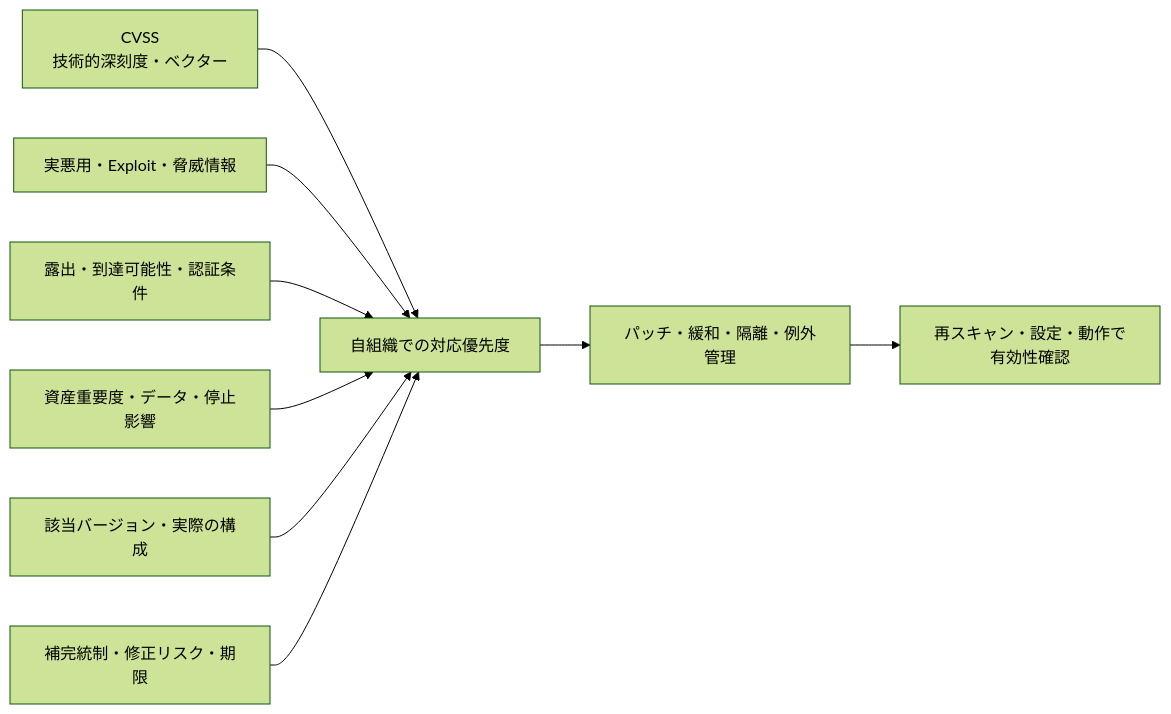
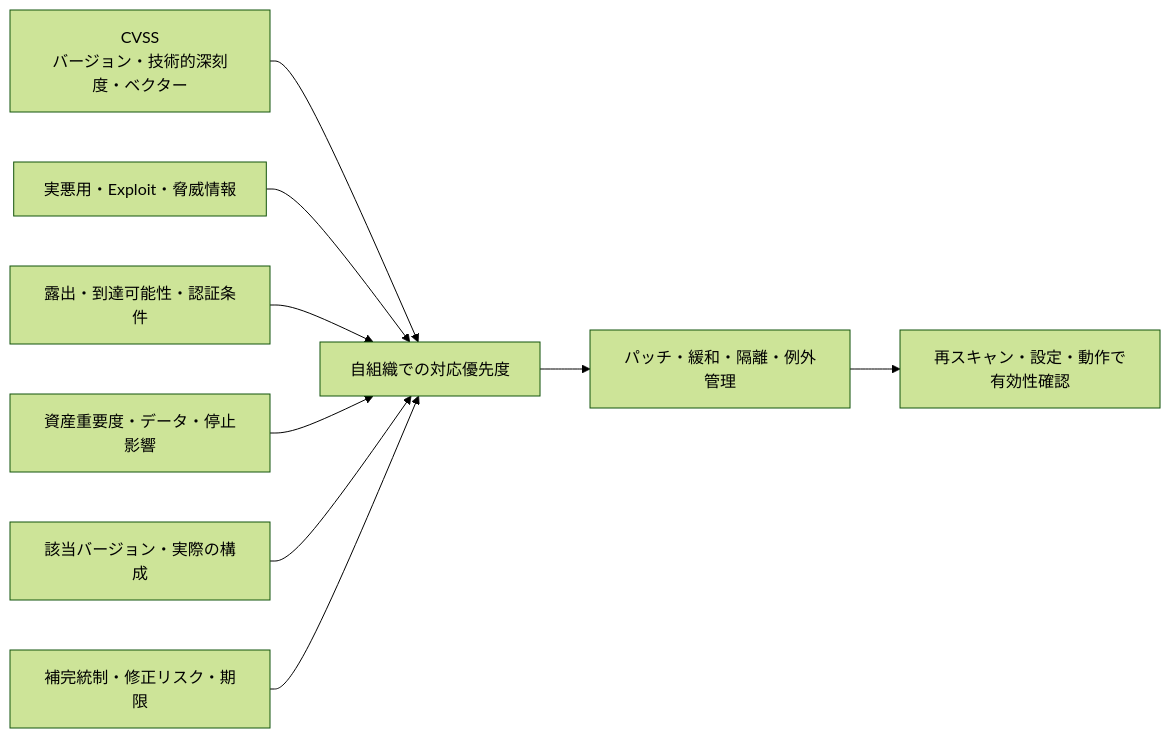
One commit to koin3z/notes changed the second of 2 diagrams in content/security/compliance/cvss.md. Above: the diagram before and after it, drawn with Mermaid (forest theme). The commit also changed other lines of this file, not shown here.

````diff
--- a/content/security/compliance/cvss.md
+++ b/content/security/compliance/cvss.md
@@ -78,11 +157,11 @@
 ```mermaid
 flowchart LR
-    A["CVSS<br/>技術的深刻度・ベクター"] --> P["自組織での対応優先度"]
+    A["CVSS<br/>バージョン・技術的深刻度・ベクター"] --> P["自組織での対応優先度"]
     B["実悪用・Exploit・脅威情報"] --> P
     C["露出・到達可能性・認証条件"] --> P
     D["資産重要度・データ・停止影響"] --> P
     E["該当バージョン・実際の構成"] --> P
     F["補完統制・修正リスク・期限"] --> P
     P --> R["パッチ・緩和・隔離・例外管理"]
     R --> V["再スキャン・設定・動作で有効性確認"]
 ```
````
